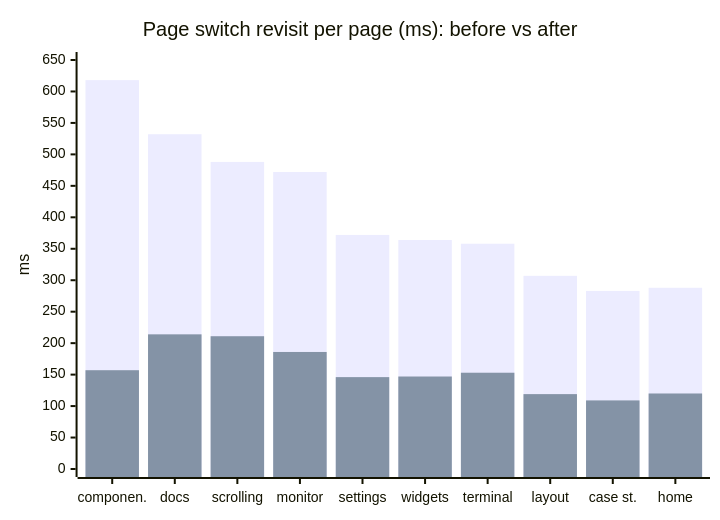
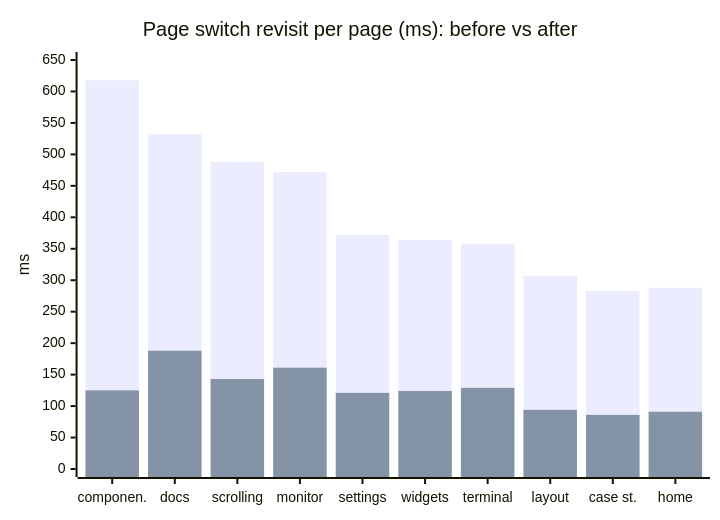
One commit to DinosaursAreCute/DinosAmazingBashTui changed the fifth of 6 diagrams in docs/design/performance-journey.md. Above: the diagram before and after it, drawn with Mermaid. The commit also changed other lines of this file and 66 other files, not shown here.

````diff
--- a/docs/design/performance-journey.md
+++ b/docs/design/performance-journey.md
@@ -109,8 +113,8 @@
 ```mermaid
 xychart-beta
     title "Page switch revisit per page (ms): before vs after"
     x-axis ["componen.", "docs", "scrolling", "monitor", "settings", "widgets", "terminal", "layout", "case st.", "home"]
     y-axis "ms" 0 --> 650
     bar [618, 532, 488, 472, 372, 364, 358, 307, 283, 288]
-    bar [157, 214, 211, 186, 146, 147, 153, 119, 109, 120]
+    bar [125, 188, 143, 161, 121, 124, 129, 94, 86, 91]
 ```
````
